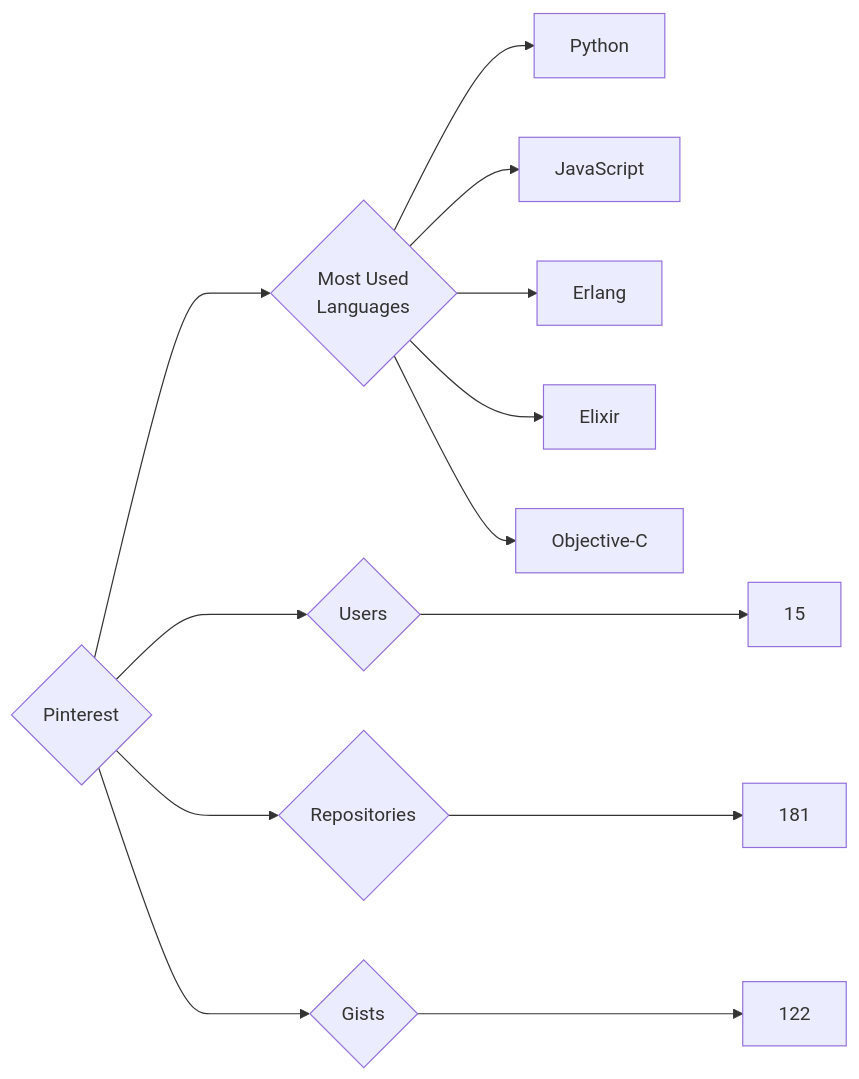
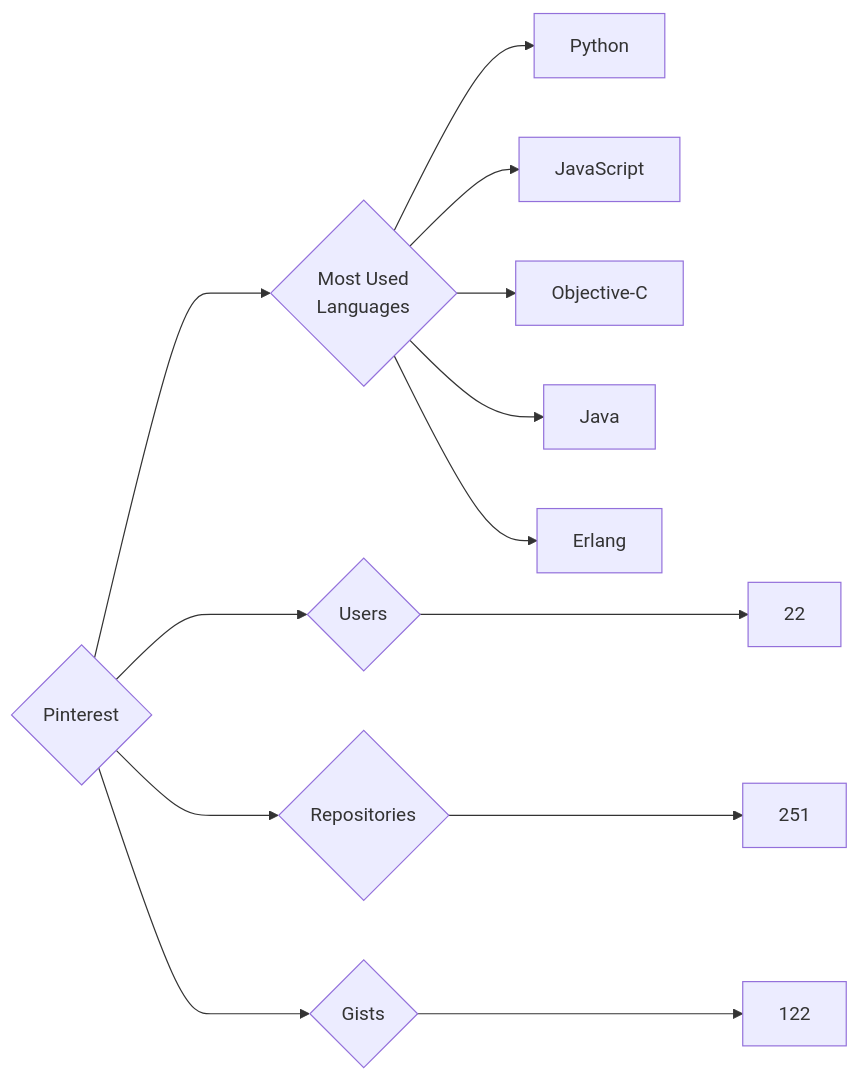
The diagram in targets/Pinterest/README.md (trickest/insiders), drawn with Mermaid before and after one commit. The commit also changed 725 other files, not shown here.

````diff
--- a/targets/Pinterest/README.md
+++ b/targets/Pinterest/README.md
@@ -3,13 +3,13 @@
 ```mermaid
 graph LR
 COMPANY_NAME{Pinterest}
-COMPANY_NAME ---> U{Users} ---> UN[15]
-COMPANY_NAME ---> R{Repositories} ---> RN[181]
+COMPANY_NAME ---> U{Users} ---> UN[22]
+COMPANY_NAME ---> R{Repositories} ---> RN[251]
 COMPANY_NAME ---> G{Gists} ---> GN[122]
 COMPANY_NAME ---> ML{Most Used<br>Languages}
 ML --> Python[Python]
 ML --> JavaScript[JavaScript]
+ML --> Objective-C[Objective-C]
+ML --> Java[Java]
 ML --> Erlang[Erlang]
-ML --> Elixir[Elixir]
-ML --> Objective-C[Objective-C]
 ```
````
